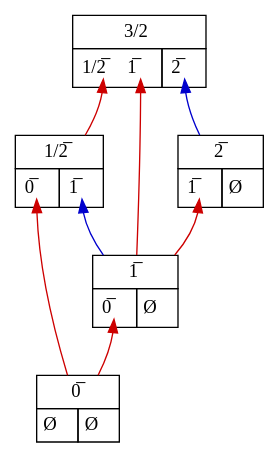
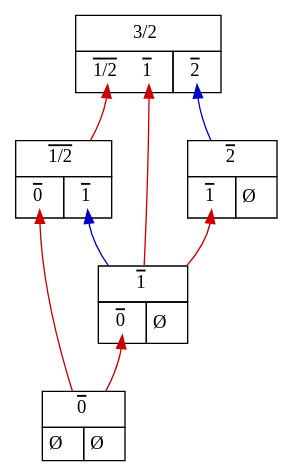
One commit to mroughan/SurrealNumbers.jl changed the diagram in examples/Data/addition_ex_11.dot. Above: the diagram before and after it, drawn with Graphviz. The commit also changed 60 other files, not shown here.

```diff
--- a/examples/Data/addition_ex_11.dot
+++ b/examples/Data/addition_ex_11.dot
@@ -1,39 +1,39 @@
 digraph "1.5" {
    node_1 [shape=none,margin=0,label=
          <<TABLE BORDER="0" CELLBORDER="1" CELLSPACING="0" CELLPADDING="4">
-         <TR><TD COLSPAN="2">3/2</TD></TR>
-         <TR><TD PORT="L"> <TABLE BORDER="0" CELLBORDER="0" CELLPADDING="0"><TR><TD PORT="1/2,1"> 1/2̅ </TD> &nbsp; <TD PORT="1,2"> 1̅ </TD> &nbsp; </TR></TABLE> </TD><TD PORT="R"> <TABLE BORDER="0" CELLBORDER="0" CELLPADDING="0"><TR><TD PORT="2,1"> 2̅ </TD> &nbsp; </TR></TABLE> </TD></TR>
+         <TR><TD  CELLPADDING="5pt" COLSPAN="2">3/2</TD></TR>
+         <TR><TD PORT="L"> <TABLE BORDER="0" CELLBORDER="0" CELLPADDING="0"><TR><TD CELLPADDING="1pt" PORT="1/2,1"> <o>1/2</o> </TD> &nbsp; <TD CELLPADDING="1pt" PORT="1,2"> <o>1</o> </TD> &nbsp; </TR></TABLE> </TD><TD PORT="R"> <TABLE BORDER="0" CELLBORDER="0" CELLPADDING="0"><TR><TD CELLPADDING="1pt"  PORT="2,1"> <o>2</o> </TD> &nbsp; </TR></TABLE> </TD></TR>
          </TABLE>>,
          ];
    node_1:"1/2,1" -> node_2 [color="red3", dir=back];
    node_2 [shape=none,margin=0,label=
          <<TABLE BORDER="0" CELLBORDER="1" CELLSPACING="0" CELLPADDING="4">
-         <TR><TD COLSPAN="2">1/2̅</TD></TR>
-         <TR><TD PORT="L"> <TABLE BORDER="0" CELLBORDER="0" CELLPADDING="0"><TR><TD PORT="0,1"> 0̅ </TD> &nbsp; </TR></TABLE> </TD><TD PORT="R"> <TABLE BORDER="0" CELLBORDER="0" CELLPADDING="0"><TR><TD PORT="1,1"> 1̅ </TD> &nbsp; </TR></TABLE> </TD></TR>
+         <TR><TD  CELLPADDING="5pt" COLSPAN="2"><o>1/2</o></TD></TR>
+         <TR><TD PORT="L"> <TABLE BORDER="0" CELLBORDER="0" CELLPADDING="0"><TR><TD CELLPADDING="1pt" PORT="0,1"> <o>0</o> </TD> &nbsp; </TR></TABLE> </TD><TD PORT="R"> <TABLE BORDER="0" CELLBORDER="0" CELLPADDING="0"><TR><TD CELLPADDING="1pt"  PORT="1,1"> <o>1</o> </TD> &nbsp; </TR></TABLE> </TD></TR>
          </TABLE>>,
          ];
    node_2:"0,1" -> node_3 [color="red3", dir=back];
    node_3 [shape=none,margin=0,label=
          <<TABLE BORDER="0" CELLBORDER="1" CELLSPACING="0" CELLPADDING="4">
-         <TR><TD COLSPAN="2">0̅</TD></TR>
+         <TR><TD  CELLPADDING="5pt" COLSPAN="2"><o>0</o></TD></TR>
          <TR><TD PORT="L"> Ø </TD><TD PORT="R"> Ø </TD></TR>
          </TABLE>>,
          ];
    node_2:"1,1" -> node_4 [color="blue3", dir=back];
    node_4 [shape=none,margin=0,label=
          <<TABLE BORDER="0" CELLBORDER="1" CELLSPACING="0" CELLPADDING="4">
-         <TR><TD COLSPAN="2">1̅</TD></TR>
-         <TR><TD PORT="L"> <TABLE BORDER="0" CELLBORDER="0" CELLPADDING="0"><TR><TD PORT="0,1"> 0̅ </TD> &nbsp; </TR></TABLE> </TD><TD PORT="R"> Ø </TD></TR>
+         <TR><TD  CELLPADDING="5pt" COLSPAN="2"><o>1</o></TD></TR>
+         <TR><TD PORT="L"> <TABLE BORDER="0" CELLBORDER="0" CELLPADDING="0"><TR><TD CELLPADDING="1pt" PORT="0,1"> <o>0</o> </TD> &nbsp; </TR></TABLE> </TD><TD PORT="R"> Ø </TD></TR>
          </TABLE>>,
          ];
    node_4:"0,1" -> node_3 [color="red3", dir=back];
    node_1:"1,2" -> node_4 [color="red3", dir=back];
    node_1:"2,1" -> node_5 [color="blue3", dir=back];
    node_5 [shape=none,margin=0,label=
          <<TABLE BORDER="0" CELLBORDER="1" CELLSPACING="0" CELLPADDING="4">
-         <TR><TD COLSPAN="2">2̅</TD></TR>
-         <TR><TD PORT="L"> <TABLE BORDER="0" CELLBORDER="0" CELLPADDING="0"><TR><TD PORT="1,1"> 1̅ </TD> &nbsp; </TR></TABLE> </TD><TD PORT="R"> Ø </TD></TR>
+         <TR><TD  CELLPADDING="5pt" COLSPAN="2"><o>2</o></TD></TR>
+         <TR><TD PORT="L"> <TABLE BORDER="0" CELLBORDER="0" CELLPADDING="0"><TR><TD CELLPADDING="1pt" PORT="1,1"> <o>1</o> </TD> &nbsp; </TR></TABLE> </TD><TD PORT="R"> Ø </TD></TR>
          </TABLE>>,
          ];
    node_5:"1,1" -> node_4 [color="red3", dir=back];
 }
```
